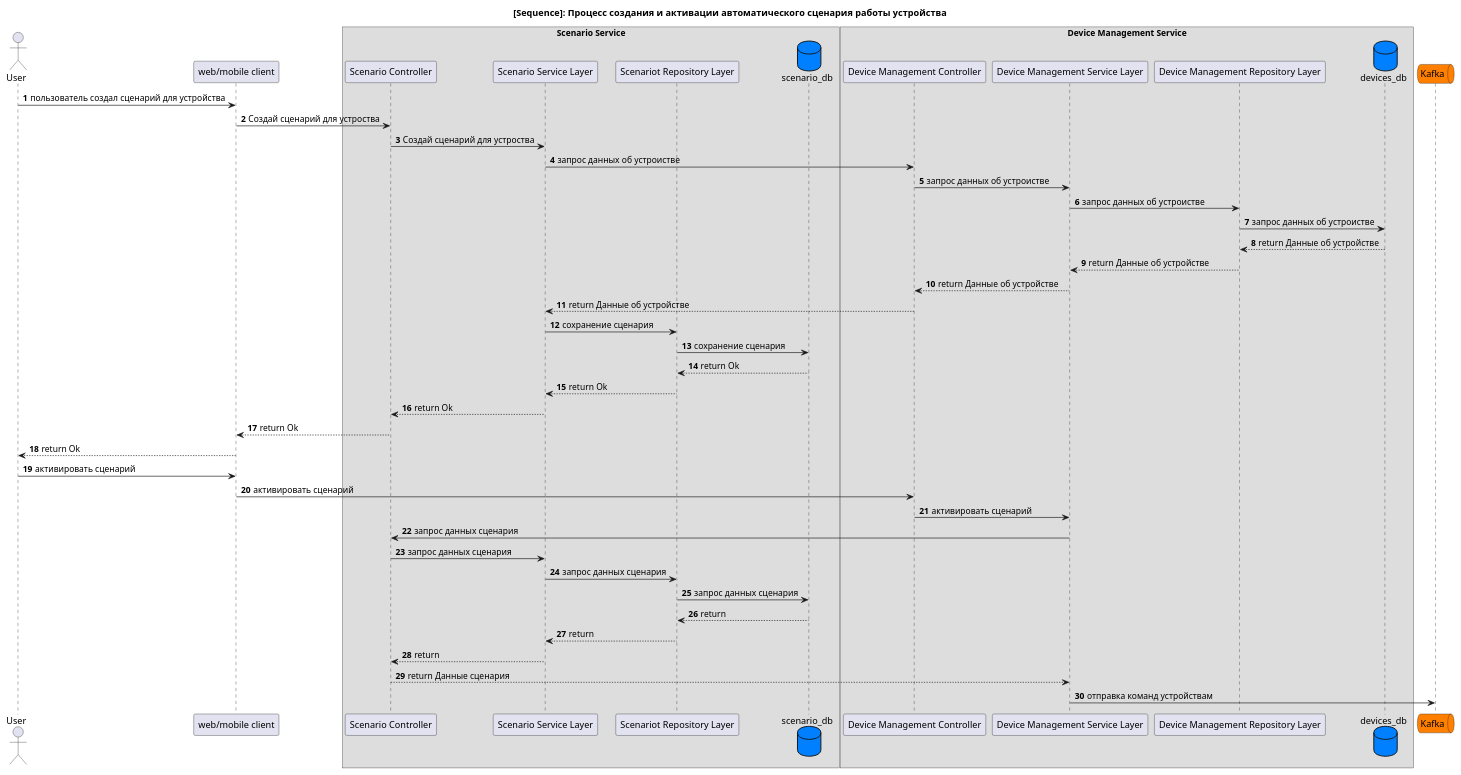
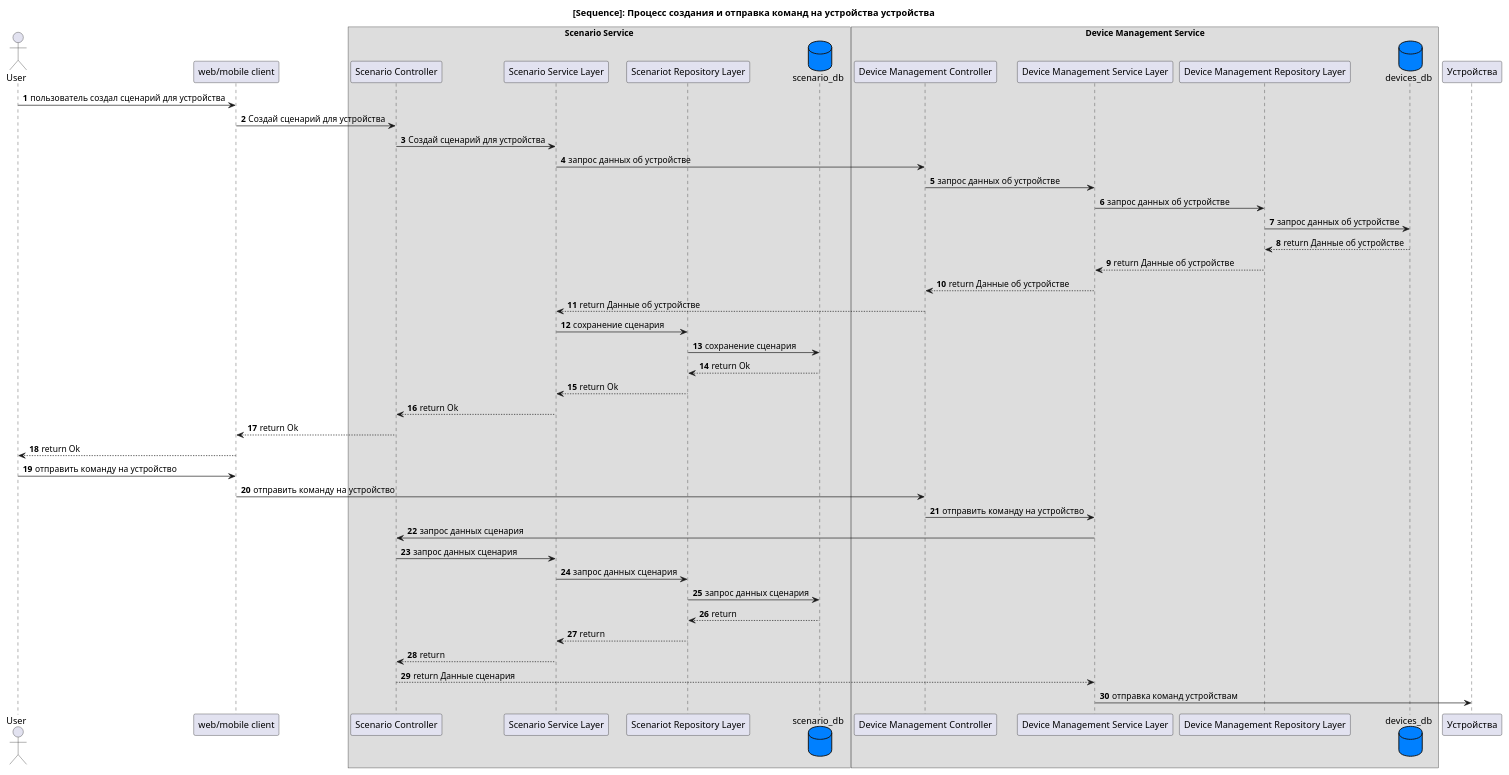
Before and after one commit to wiky-avis/architecture-sprint-3: the diagram in docs/diagrams/to_be/code/SaveScenario_Code.puml, drawn with PlantUML. The commit also changed 8 other files, not shown here.

```diff
--- a/docs/diagrams/to_be/code/SaveScenario_Code.puml
+++ b/docs/diagrams/to_be/code/SaveScenario_Code.puml
@@ -1,56 +1,56 @@
 @startuml
 autonumber
 
-title [Sequence]: Процесс создания и активации автоматического сценария работы устройства
+title [Sequence]: Процесс создания и отправка команд на устройства устройства
 
 actor "User" as user
 participant client as "web/mobile client"
 box "Scenario Service"
     participant ScenarioServiceController as "Scenario Controller"
     participant ScenarioServiceLayer as "Scenario Service Layer"
     participant ScenarioRepositoryLayer as "Scenariot Repository Layer"
     database ScenarioDB as "scenario_db" #0080ff
 endbox
 
 box "Device Management Service"
     participant DeviceManagementController as "Device Management Controller"
     participant ServiceLayer as "Device Management Service Layer"
     participant RepositoryLayer as "Device Management Repository Layer"
     database DB as "devices_db" #0080ff
 endbox
 
-queue "Kafka" as kafka #ff7f00
+participant "Устройства" as devices
 
 user -> client: пользователь создал сценарий для устройства
-client -> ScenarioServiceController: Создай сценарий для устроства
-ScenarioServiceController -> ScenarioServiceLayer: Создай сценарий для устроства
-ScenarioServiceLayer -> DeviceManagementController: запрос данных об устроистве
-DeviceManagementController -> ServiceLayer: запрос данных об устроистве
-ServiceLayer -> RepositoryLayer: запрос данных об устроистве
-RepositoryLayer -> DB: запрос данных об устроистве
+client -> ScenarioServiceController: Создай сценарий для устройства
+ScenarioServiceController -> ScenarioServiceLayer: Создай сценарий для устройства
+ScenarioServiceLayer -> DeviceManagementController: запрос данных об устройстве
+DeviceManagementController -> ServiceLayer: запрос данных об устройстве
+ServiceLayer -> RepositoryLayer: запрос данных об устройстве
+RepositoryLayer -> DB: запрос данных об устройстве
 DB --> RepositoryLayer: return Данные об устройстве
 RepositoryLayer --> ServiceLayer: return Данные об устройстве
 ServiceLayer --> DeviceManagementController: return Данные об устройстве
 DeviceManagementController --> ScenarioServiceLayer: return Данные об устройстве
 ScenarioServiceLayer -> ScenarioRepositoryLayer: сохранение сценария
 ScenarioRepositoryLayer -> ScenarioDB: сохранение сценария
 ScenarioDB --> ScenarioRepositoryLayer: return Ok
 ScenarioRepositoryLayer --> ScenarioServiceLayer: return Ok
 ScenarioServiceLayer --> ScenarioServiceController: return Ok
 ScenarioServiceController --> client: return Ok
 client --> user: return Ok
 
-user -> client: активировать сценарий
-client -> DeviceManagementController: активировать сценарий
-DeviceManagementController -> ServiceLayer: активировать сценарий
+user -> client: отправить команду на устройство
+client -> DeviceManagementController: отправить команду на устройство
+DeviceManagementController -> ServiceLayer: отправить команду на устройство
 ServiceLayer -> ScenarioServiceController: запрос данных сценария
 ScenarioServiceController -> ScenarioServiceLayer: запрос данных сценария
 ScenarioServiceLayer -> ScenarioRepositoryLayer: запрос данных сценария
 ScenarioRepositoryLayer -> ScenarioDB: запрос данных сценария
 ScenarioRepositoryLayer <-- ScenarioDB: return
 ScenarioServiceLayer <-- ScenarioRepositoryLayer: return
 ScenarioServiceController <-- ScenarioServiceLayer: return
 ServiceLayer <-- ScenarioServiceController: return Данные сценария
-ServiceLayer -> kafka: отправка команд устройствам
+ServiceLayer -> devices: отправка команд устройствам
 
 @enduml
```
